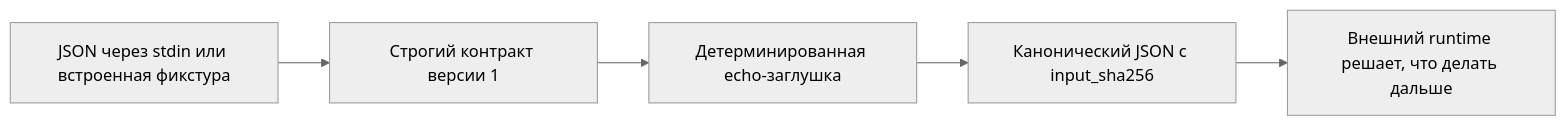
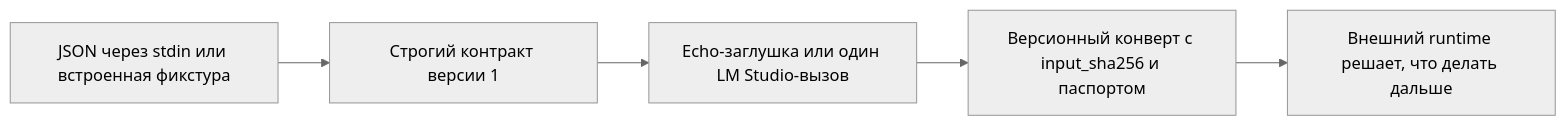
The diagram in Прототипы/чистый-модельный-шаг/README.md (fum-lab/fum), drawn with Mermaid (neutral theme) before and after one commit. The commit also changed other lines of this file and 21 other files, not shown here.

````diff
--- a/Прототипы/чистый-модельный-шаг/README.md
+++ b/Прототипы/чистый-модельный-шаг/README.md
@@ -9,7 +9,7 @@
 ```mermaid
 flowchart LR
     input["JSON через stdin или встроенная фикстура"] --> validator["Строгий контракт версии 1"]
-    validator --> stub["Детерминированная echo-заглушка"]
-    stub --> output["Канонический JSON с input_sha256"]
+    validator --> provider["Echo-заглушка или один LM Studio-вызов"]
+    provider --> output["Версионный конверт с input_sha256 и паспортом"]
     output --> caller["Внешний runtime решает, что делать дальше"]
 ```
````
